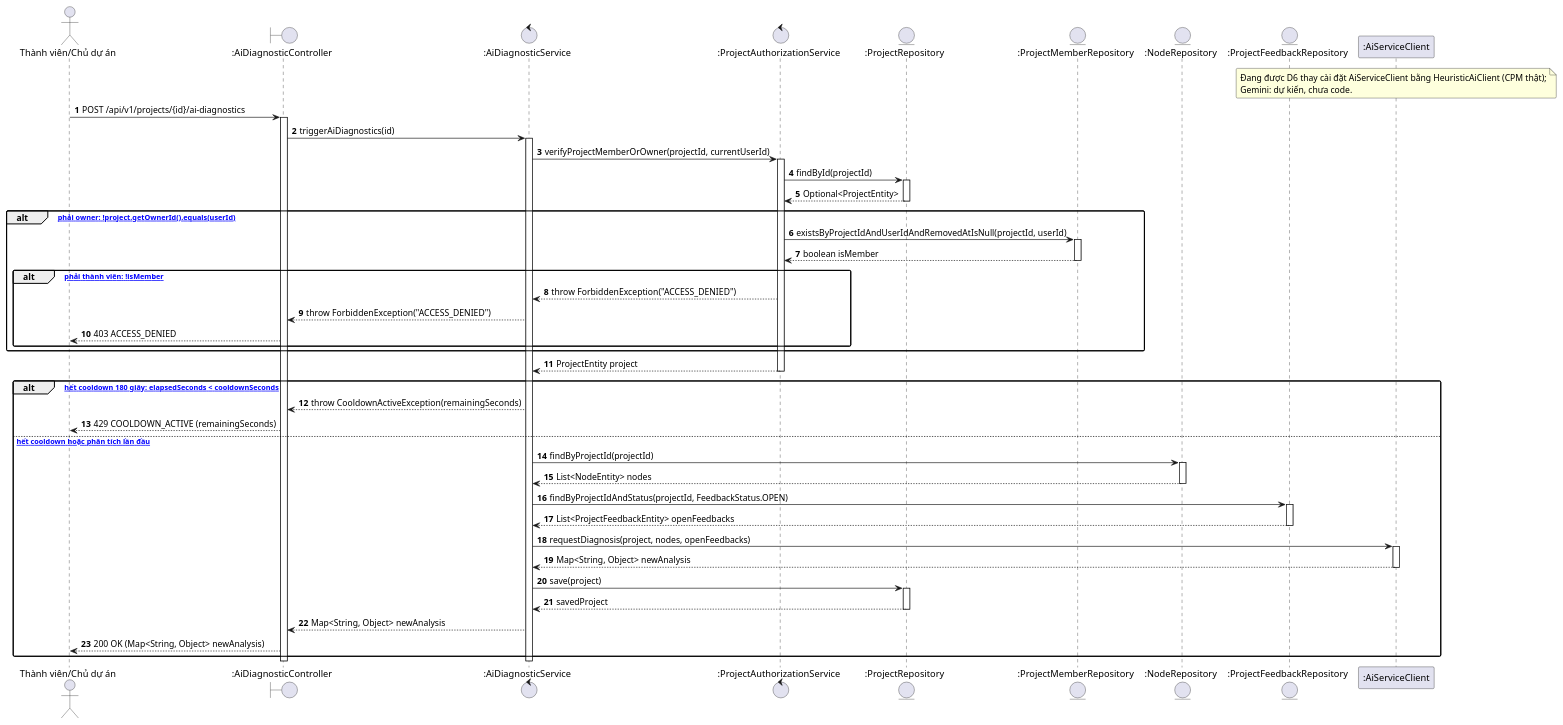
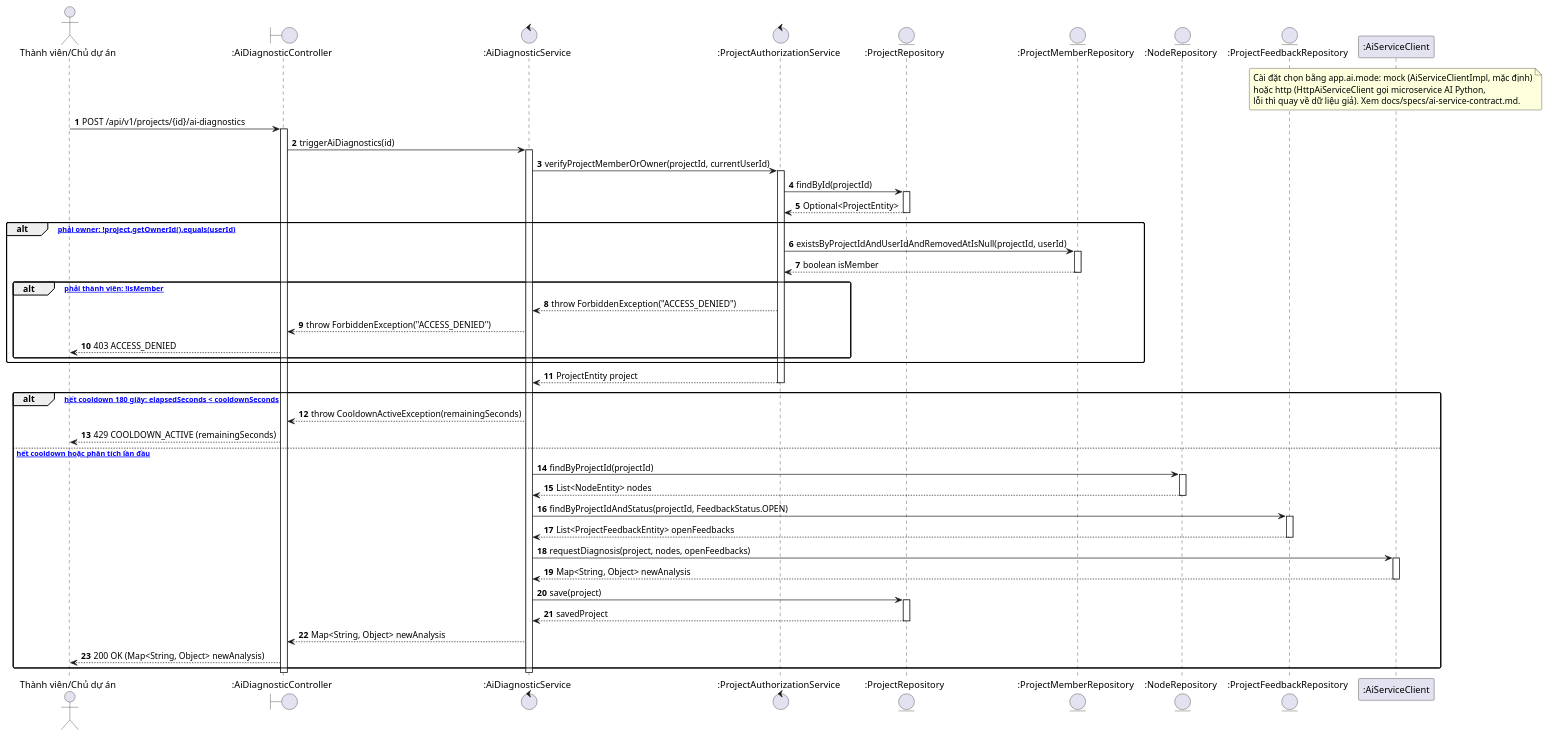
The diagram in docs/ooad/D-du-an/seq-chan-doan-ai.puml (ThanhThien-coder/Workflow-Pipeline-Engine), drawn with PlantUML before and after one commit. The commit also changed 3 other files, not shown here.

```diff
--- a/docs/ooad/D-du-an/seq-chan-doan-ai.puml
+++ b/docs/ooad/D-du-an/seq-chan-doan-ai.puml
@@ -2,77 +2,78 @@
 @startuml seq-chan-doan-ai
 autonumber
 skinparam shadowing false
 skinparam roundcorner 4
 
 actor "Thành viên/Chủ dự án" as User
 boundary ":AiDiagnosticController" as Ctl
 control ":AiDiagnosticService" as Svc
 control ":ProjectAuthorizationService" as AuthSvc
 entity ":ProjectRepository" as ProjectRepo
 entity ":ProjectMemberRepository" as MemberRepo
 entity ":NodeRepository" as NodeRepo
 entity ":ProjectFeedbackRepository" as FeedbackRepo
 participant ":AiServiceClient" as AiClient
 
 note over AiClient
-  Đang được D6 thay cài đặt AiServiceClient bằng HeuristicAiClient (CPM thật);
-  Gemini: dự kiến, chưa code.
+  Cài đặt chọn bằng app.ai.mode: mock (AiServiceClientImpl, mặc định)
+  hoặc http (HttpAiServiceClient gọi microservice AI Python,
+  lỗi thì quay về dữ liệu giả). Xem docs/specs/ai-service-contract.md.
 end note
 
 User -> Ctl : POST /api/v1/projects/{id}/ai-diagnostics
 activate Ctl
 Ctl -> Svc : triggerAiDiagnostics(id)
 activate Svc
 
 Svc -> AuthSvc : verifyProjectMemberOrOwner(projectId, currentUserId)
 activate AuthSvc
 AuthSvc -> ProjectRepo : findById(projectId)
 activate ProjectRepo
 ProjectRepo --> AuthSvc : Optional<ProjectEntity>
 deactivate ProjectRepo
 
 alt [không phải owner: !project.getOwnerId().equals(userId)]
   AuthSvc -> MemberRepo : existsByProjectIdAndUserIdAndRemovedAtIsNull(projectId, userId)
   activate MemberRepo
   MemberRepo --> AuthSvc : boolean isMember
   deactivate MemberRepo
   alt [không phải thành viên: !isMember]
     AuthSvc --> Svc : throw ForbiddenException("ACCESS_DENIED")
     Svc --> Ctl : throw ForbiddenException("ACCESS_DENIED")
     Ctl --> User : 403 ACCESS_DENIED
   end
 end
 AuthSvc --> Svc : ProjectEntity project
 deactivate AuthSvc
 
 alt [chưa hết cooldown 180 giây: elapsedSeconds < cooldownSeconds]
   Svc --> Ctl : throw CooldownActiveException(remainingSeconds)
   Ctl --> User : 429 COOLDOWN_ACTIVE (remainingSeconds)
 else [đã hết cooldown hoặc phân tích lần đầu]
   Svc -> NodeRepo : findByProjectId(projectId)
   activate NodeRepo
   NodeRepo --> Svc : List<NodeEntity> nodes
   deactivate NodeRepo
 
   Svc -> FeedbackRepo : findByProjectIdAndStatus(projectId, FeedbackStatus.OPEN)
   activate FeedbackRepo
   FeedbackRepo --> Svc : List<ProjectFeedbackEntity> openFeedbacks
   deactivate FeedbackRepo
 
   Svc -> AiClient : requestDiagnosis(project, nodes, openFeedbacks)
   activate AiClient
   AiClient --> Svc : Map<String, Object> newAnalysis
   deactivate AiClient
 
   Svc -> ProjectRepo : save(project)
   activate ProjectRepo
   ProjectRepo --> Svc : savedProject
   deactivate ProjectRepo
 
   Svc --> Ctl : Map<String, Object> newAnalysis
   Ctl --> User : 200 OK (Map<String, Object> newAnalysis)
 end
 
 deactivate Svc
 deactivate Ctl
 @enduml
```
